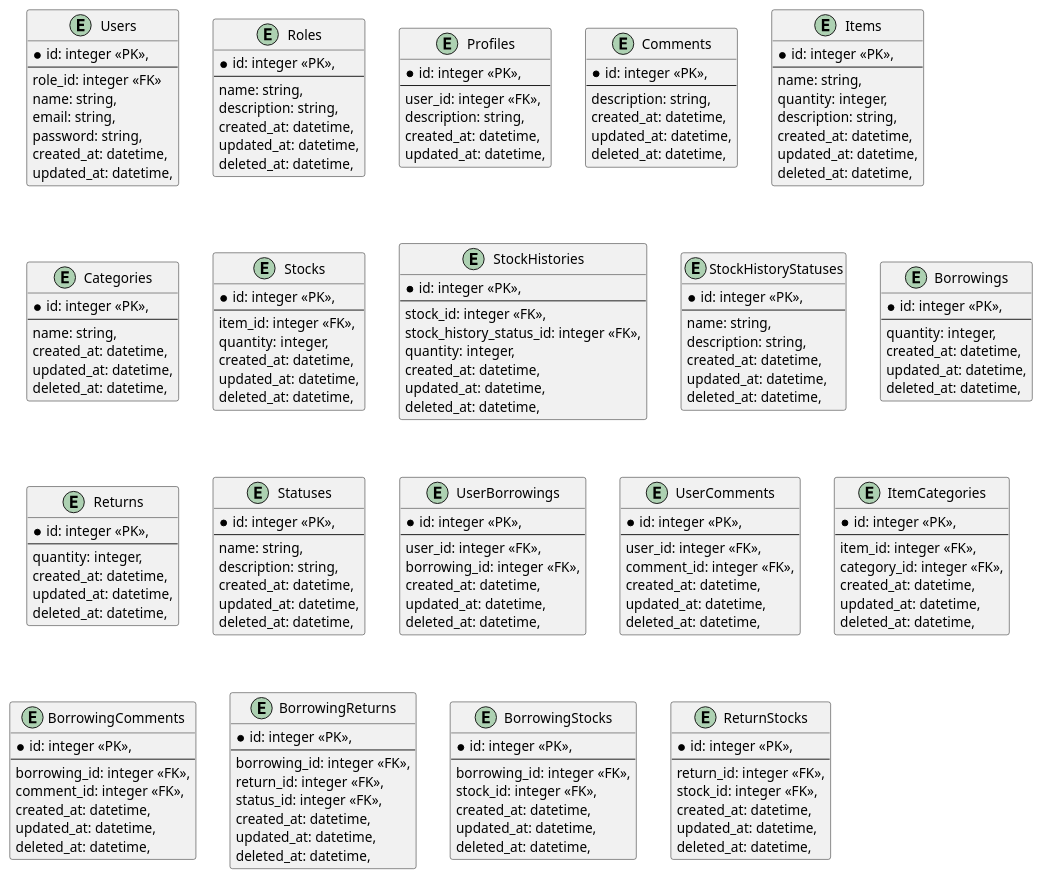
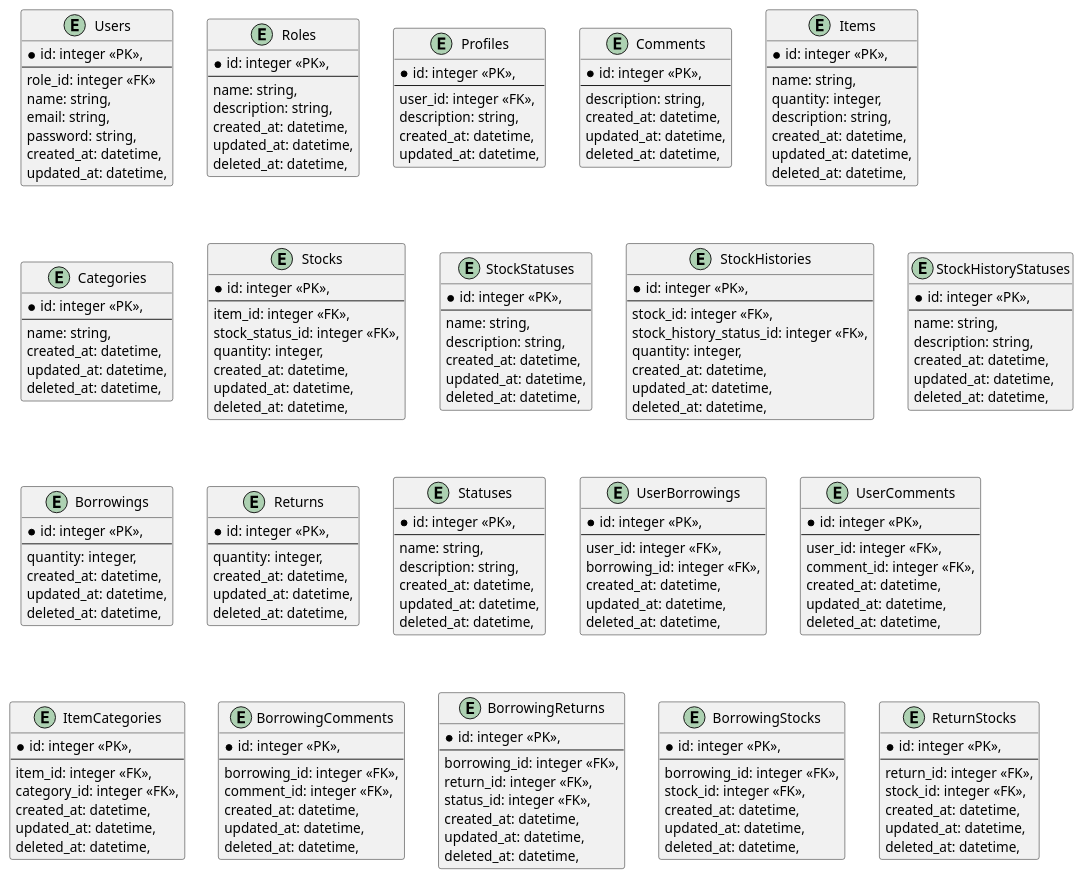
One commit to Masaya-j9/stock-app-backend changed the diagram in blue-print/er-diagrams/tables.pu. Above: the diagram before and after it, drawn with PlantUML. The commit also changed 1 other file, not shown here.

Commit message:
add stock.statuses table and add column about foreign key

```diff
--- a/blue-print/er-diagrams/tables.pu
+++ b/blue-print/er-diagrams/tables.pu
@@ -70,7 +70,18 @@
   *id: integer <<PK>>,
   --
   item_id: integer <<FK>>,
+  stock_status_id: integer <<FK>>,
   quantity: integer,
+  created_at: datetime,
+  updated_at: datetime,
+  deleted_at: datetime,
+}
+
+entity "StockStatuses" as stock_statuses {
+  *id: integer <<PK>>,
+  --
+  name: string,
+  description: string,
   created_at: datetime,
   updated_at: datetime,
   deleted_at: datetime,
```
